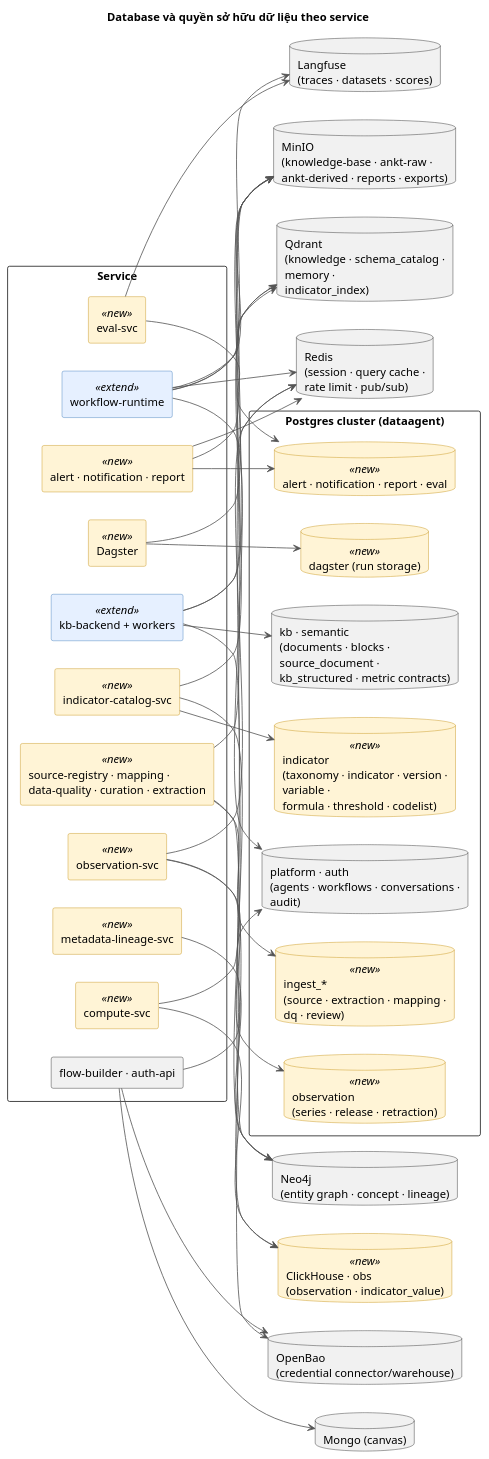
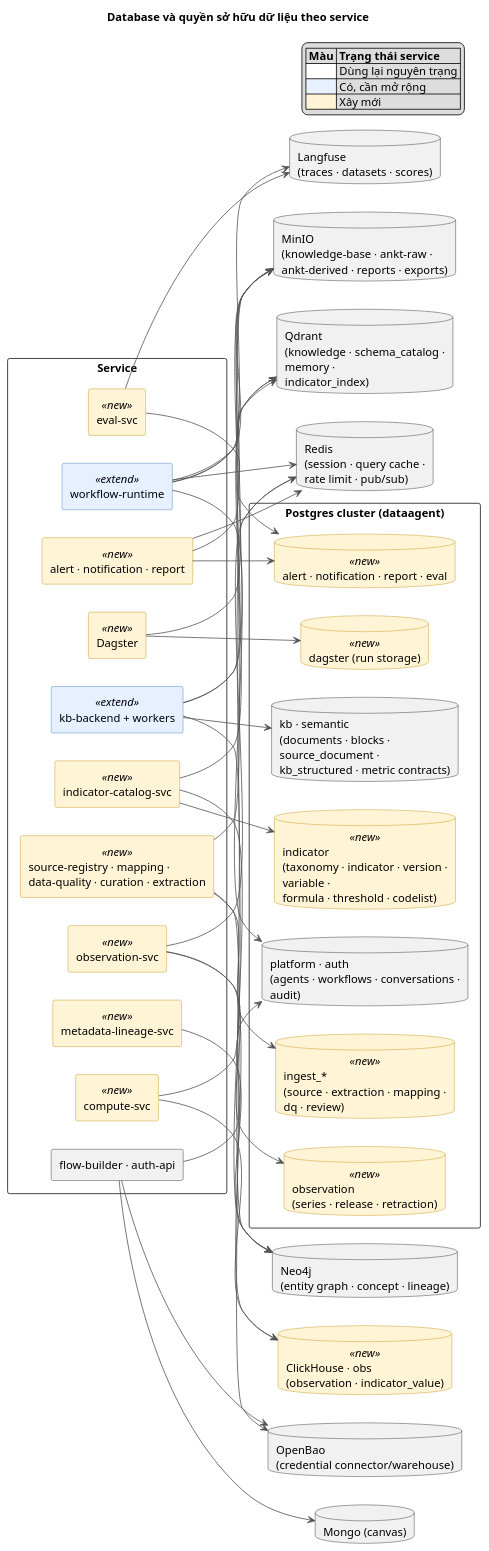
Before and after one commit to affkjuhyt/Data-Agent: the diagram in docs/ankt/diagrams/17-database-ownership.puml, drawn with PlantUML. The commit also changed 51 other files, not shown here.

Commit message:
fix: add more diagram

```diff
--- a/docs/ankt/diagrams/17-database-ownership.puml
+++ b/docs/ankt/diagrams/17-database-ownership.puml
@@ -1,87 +1,94 @@
 @startuml 17-database-ownership
 title Database và quyền sở hữu dữ liệu theo service
 skinparam shadowing false
 skinparam defaultFontName "Arial"
 skinparam componentStyle rectangle
 skinparam packageStyle rectangle
 skinparam wrapWidth 240
 skinparam ArrowColor #555555
 skinparam component<<new>> {
   BackgroundColor #FFF4D6
   BorderColor #C08A00
 }
 skinparam component<<extend>> {
   BackgroundColor #E6F0FF
   BorderColor #2F6FB3
 }
 skinparam database<<new>> {
   BackgroundColor #FFF4D6
   BorderColor #C08A00
 }
+legend top right
+  |= Màu |= Trạng thái service |
+  |<#FFFFFF> | Dùng lại nguyên trạng |
+  |<#E6F0FF> | Có, cần mở rộng |
+  |<#FFF4D6> | Xây mới |
+endlegend
+
 left to right direction
 
 package "Service" {
   component "workflow-runtime" <<extend>> as WR
   component "flow-builder · auth-api" as FB
   component "kb-backend + workers" <<extend>> as KB
   component "indicator-catalog-svc" <<new>> as CAT
   component "observation-svc" <<new>> as OBS
   component "compute-svc" <<new>> as CMP
   component "alert · notification · report" <<new>> as ANR
   component "source-registry · mapping ·\ndata-quality · curation · extraction" <<new>> as ING
   component "Dagster" <<new>> as DAG
   component "metadata-lineage-svc" <<new>> as LIN
   component "eval-svc" <<new>> as EVAL
 }
 
 package "Postgres cluster (dataagent)" {
   database "platform · auth\n(agents · workflows · conversations · audit)" as PG_PLAT
   database "kb · semantic\n(documents · blocks · source_document ·\nkb_structured · metric contracts)" as PG_KB
   database "indicator\n(taxonomy · indicator · version · variable ·\nformula · threshold · codelist)" <<new>> as PG_IND
   database "observation\n(series · release · retraction)" <<new>> as PG_OBS
   database "ingest_*\n(source · extraction · mapping ·\ndq · review)" <<new>> as PG_ING
   database "alert · notification · report · eval" <<new>> as PG_OPS
   database "dagster (run storage)" <<new>> as PG_DAG
 }
 
 database "ClickHouse · obs\n(observation · indicator_value)" <<new>> as CH
 database "Qdrant\n(knowledge · schema_catalog · memory ·\nindicator_index)" as QD
 database "Neo4j\n(entity graph · concept · lineage)" as N4
 database "MinIO\n(knowledge-base · ankt-raw ·\nankt-derived · reports · exports)" as S3
 database "Redis\n(session · query cache ·\nrate limit · pub/sub)" as RD
 database "Langfuse\n(traces · datasets · scores)" as LF
 database "OpenBao\n(credential connector/warehouse)" as BAO
 database "Mongo (canvas)" as MG
 
 WR --> PG_PLAT
 WR --> RD
 WR --> QD
 WR --> LF
 WR --> S3
 FB --> PG_PLAT
 FB --> MG
 FB --> BAO
 KB --> PG_KB
 KB --> S3
 KB --> QD
 KB --> N4
 CAT --> PG_IND
 CAT --> QD
 CAT --> N4
 OBS --> PG_OBS
 OBS --> CH
 OBS --> RD
 CMP --> CH
 CMP --> RD
 ANR --> PG_OPS
 ANR --> S3
 ANR --> RD
 ING --> PG_ING
 ING --> S3
 ING --> BAO
 DAG --> PG_DAG
 DAG --> S3
 LIN --> N4
 EVAL --> PG_OPS
 EVAL --> LF
 @enduml
```
